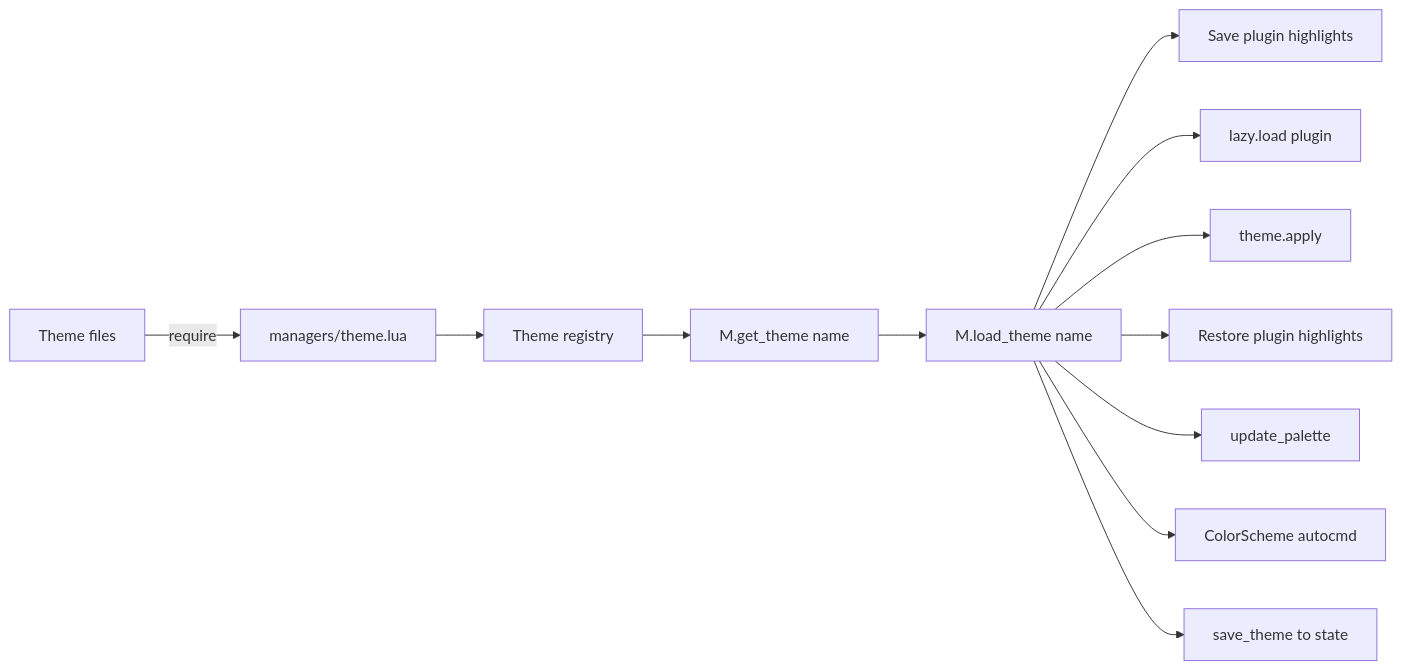
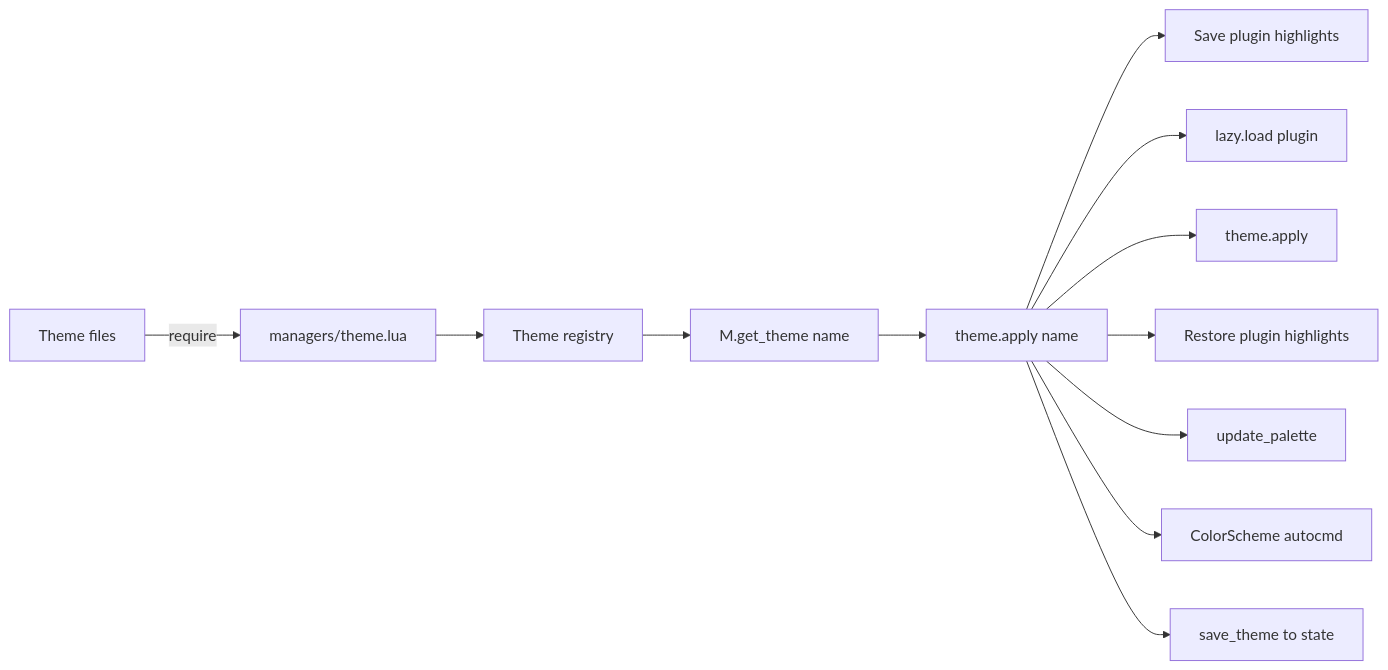
Before and after one commit to krishna-thedeveloper/IDE-runtime-framework: the diagram in docs/themes/theme-system.md, drawn with Mermaid. The commit also changed other lines of this file and 3 other files, not shown here.

First line of the commit message:
docs: replace load_theme API with apply and remove phantom light_variants table

````diff
--- a/docs/themes/theme-system.md
+++ b/docs/themes/theme-system.md
@@ -15,14 +15,14 @@
 ```mermaid
 flowchart LR
     A[Theme files] -->|require| B[managers/theme.lua]
     B --> C[Theme registry]
     C --> D[M.get_theme name]
-    D --> E[M.load_theme name]
+    D --> E[theme.apply name]
     E --> F[Save plugin highlights]
     E --> G[lazy.load plugin]
     E --> H[theme.apply]
     E --> I[Restore plugin highlights]
     E --> J[update_palette]
     E --> K[ColorScheme autocmd]
     E --> L[save_theme to state]
 ```
````
